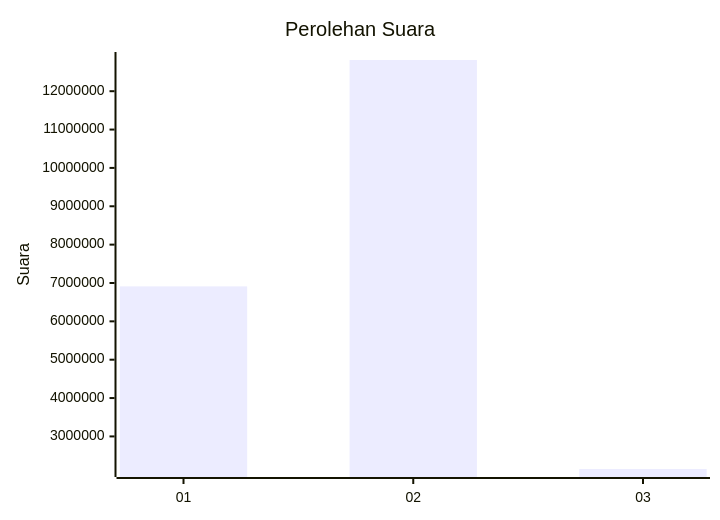
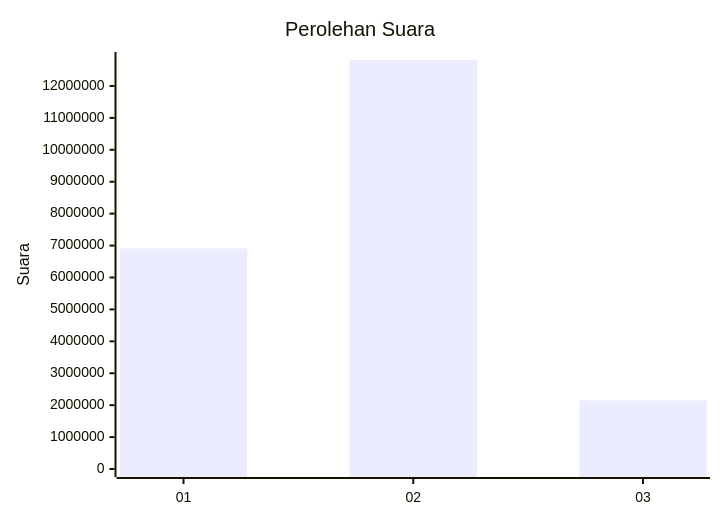
The first of 2 diagrams in pilpres/hitung-suara/sub/table-wilayah-32.md (gigit-pemilu/pemilu-2024), drawn with Mermaid before and after one commit. The commit also changed 42 other files, not shown here.

````diff
--- a/pilpres/hitung-suara/sub/table-wilayah-32.md
+++ b/pilpres/hitung-suara/sub/table-wilayah-32.md
@@ -7,7 +7,7 @@
 ```mermaid
 xychart-beta
     title "Perolehan Suara"
     x-axis [01, 02, 03]
-    y-axis "Suara"
+    y-axis "Suara" 0 --> 12813445
     bar [6912038, 12813445, 2150429]
 ```
````
